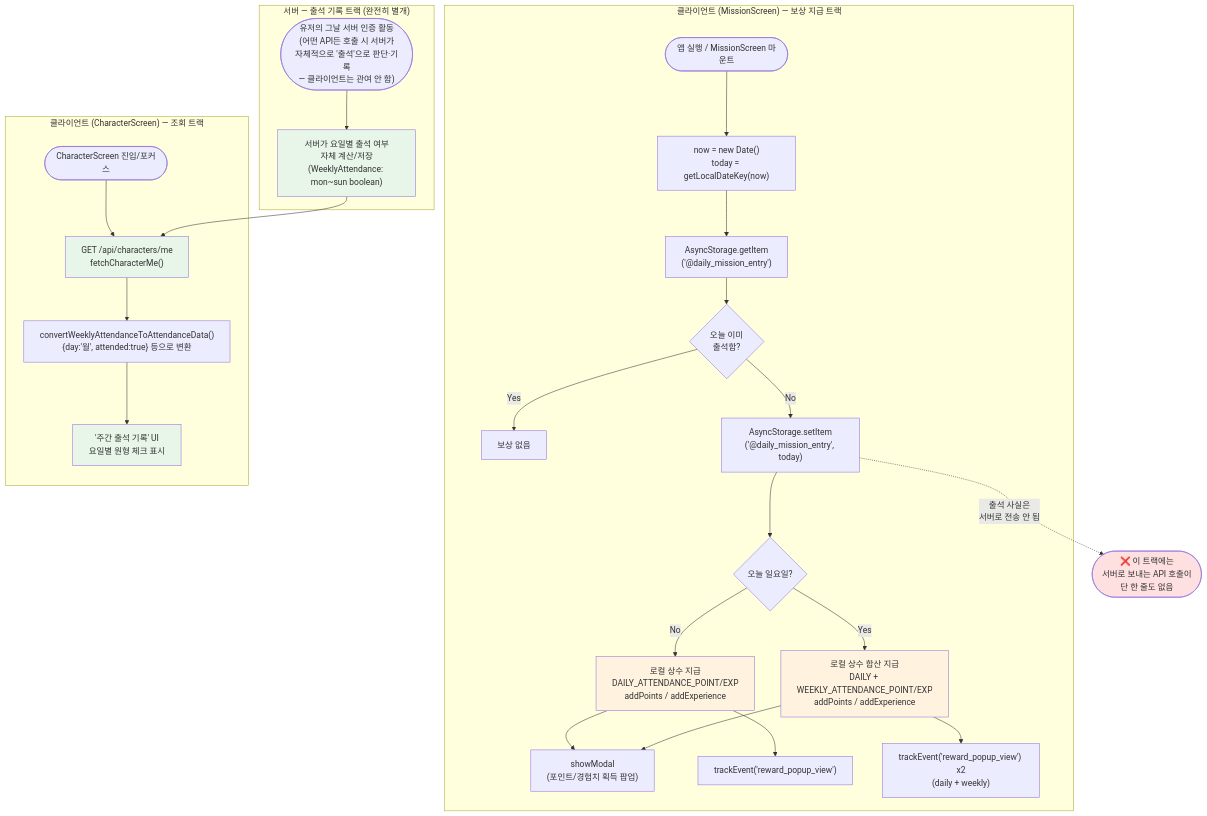
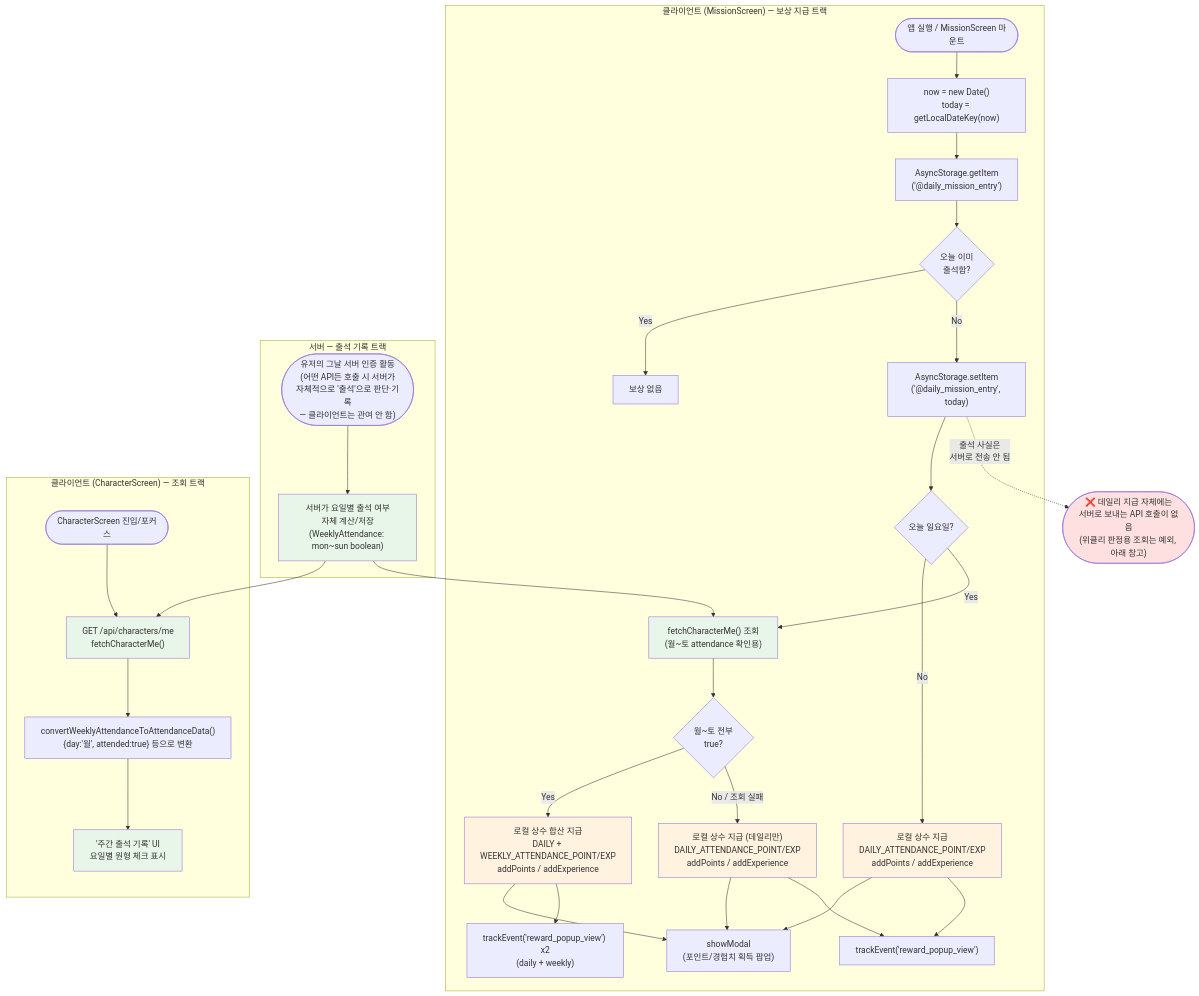
Before and after one commit to Gahyun-313/neurous-client: diagram 11 of 11 in docs/ARCHITECTURE.md, drawn with Mermaid. The commit also changed other lines of this file and 3 other files, not shown here.

````diff
--- a/docs/ARCHITECTURE.md
+++ b/docs/ARCHITECTURE.md
@@ -510,39 +530,47 @@
 ```mermaid
 flowchart TD
     subgraph Client["클라이언트 (MissionScreen) — 보상 지급 트랙"]
         Start(["앱 실행 / MissionScreen 마운트"]) --> GetNow["now = new Date()<br/>today = getLocalDateKey(now)"]
         GetNow --> ReadStorage["AsyncStorage.getItem<br/>('@daily_mission_entry')"]
         ReadStorage --> Compare{"오늘 이미<br/>출석함?"}
         Compare -- Yes --> Skip["보상 없음"]
         Compare -- No --> SaveToday["AsyncStorage.setItem<br/>('@daily_mission_entry', today)"]
         SaveToday --> IsSunday{"오늘 일요일?"}
         IsSunday -- No --> DailyLocal["로컬 상수 지급<br/>DAILY_ATTENDANCE_POINT/EXP<br/>addPoints / addExperience"]
-        IsSunday -- Yes --> WeeklyLocal["로컬 상수 합산 지급<br/>DAILY + WEEKLY_ATTENDANCE_POINT/EXP<br/>addPoints / addExperience"]
+        IsSunday -- Yes --> QueryAttendance["fetchCharacterMe() 조회<br/>(월~토 attendance 확인용)"]
+        QueryAttendance --> WeekComplete{"월~토 전부<br/>true?"}
+        WeekComplete -- Yes --> WeeklyLocal["로컬 상수 합산 지급<br/>DAILY + WEEKLY_ATTENDANCE_POINT/EXP<br/>addPoints / addExperience"]
+        WeekComplete -- "No / 조회 실패" --> DailyOnlyOnSunday["로컬 상수 지급 (데일리만)<br/>DAILY_ATTENDANCE_POINT/EXP<br/>addPoints / addExperience"]
         DailyLocal --> Modal["showModal<br/>(포인트/경험치 획득 팝업)"]
         WeeklyLocal --> Modal
+        DailyOnlyOnSunday --> Modal
         DailyLocal --> Mixpanel1["trackEvent('reward_popup_view')"]
         WeeklyLocal --> Mixpanel2["trackEvent('reward_popup_view') x2<br/>(daily + weekly)"]
+        DailyOnlyOnSunday --> Mixpanel1
     end
 
-    NoAPI(["❌ 이 트랙에는<br/>서버로 보내는 API 호출이<br/>단 한 줄도 없음"])
+    NoAPI(["❌ 데일리 지급 자체에는<br/>서버로 보내는 API 호출이 없음<br/>(위클리 판정용 조회는 예외, 아래 참고)"])
     SaveToday -.->|"출석 사실은<br/>서버로 전송 안 됨"| NoAPI
 
-    subgraph Server["서버 — 출석 기록 트랙 (완전히 별개)"]
+    subgraph Server["서버 — 출석 기록 트랙"]
         AnyActivity(["유저의 그날 서버 인증 활동<br/>(어떤 API든 호출 시 서버가<br/>자체적으로 '출석'으로 판단·기록<br/>— 클라이언트는 관여 안 함)"]) --> ServerCompute["서버가 요일별 출석 여부<br/>자체 계산/저장<br/>(WeeklyAttendance: mon~sun boolean)"]
     end
 
     subgraph CharScreen["클라이언트 (CharacterScreen) — 조회 트랙"]
         Focus(["CharacterScreen 진입/포커스"]) --> FetchAPI["GET /api/characters/me<br/>fetchCharacterMe()"]
         FetchAPI --> Convert["convertWeeklyAttendanceToAttendanceData()<br/>{day:'월', attended:true} 등으로 변환"]
         Convert --> Render["'주간 출석 기록' UI<br/>요일별 원형 체크 표시"]
     end
 
     ServerCompute --> FetchAPI
+    ServerCompute --> QueryAttendance
 
     style DailyLocal fill:#fff3e0
     style WeeklyLocal fill:#fff3e0
+    style DailyOnlyOnSunday fill:#fff3e0
     style NoAPI fill:#ffe0e0
     style ServerCompute fill:#e8f5e9
     style FetchAPI fill:#e8f5e9
+    style QueryAttendance fill:#e8f5e9
     style Render fill:#e8f5e9
 ```
````
